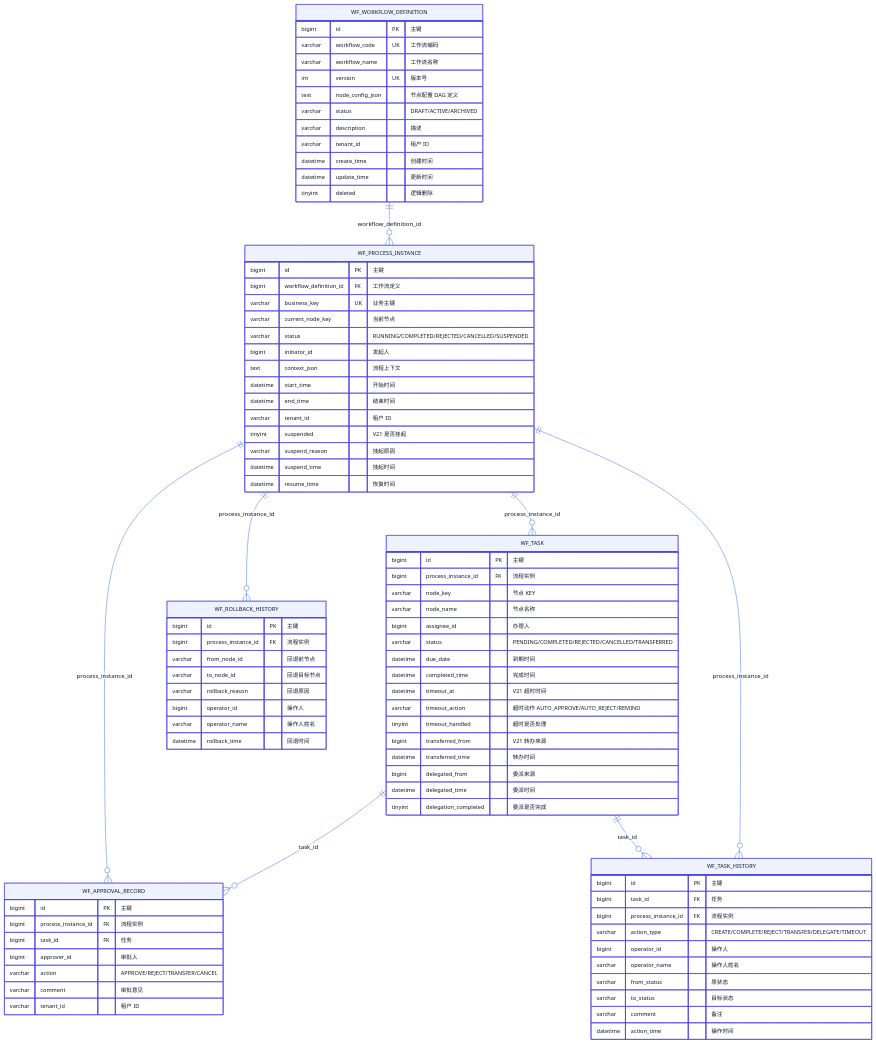
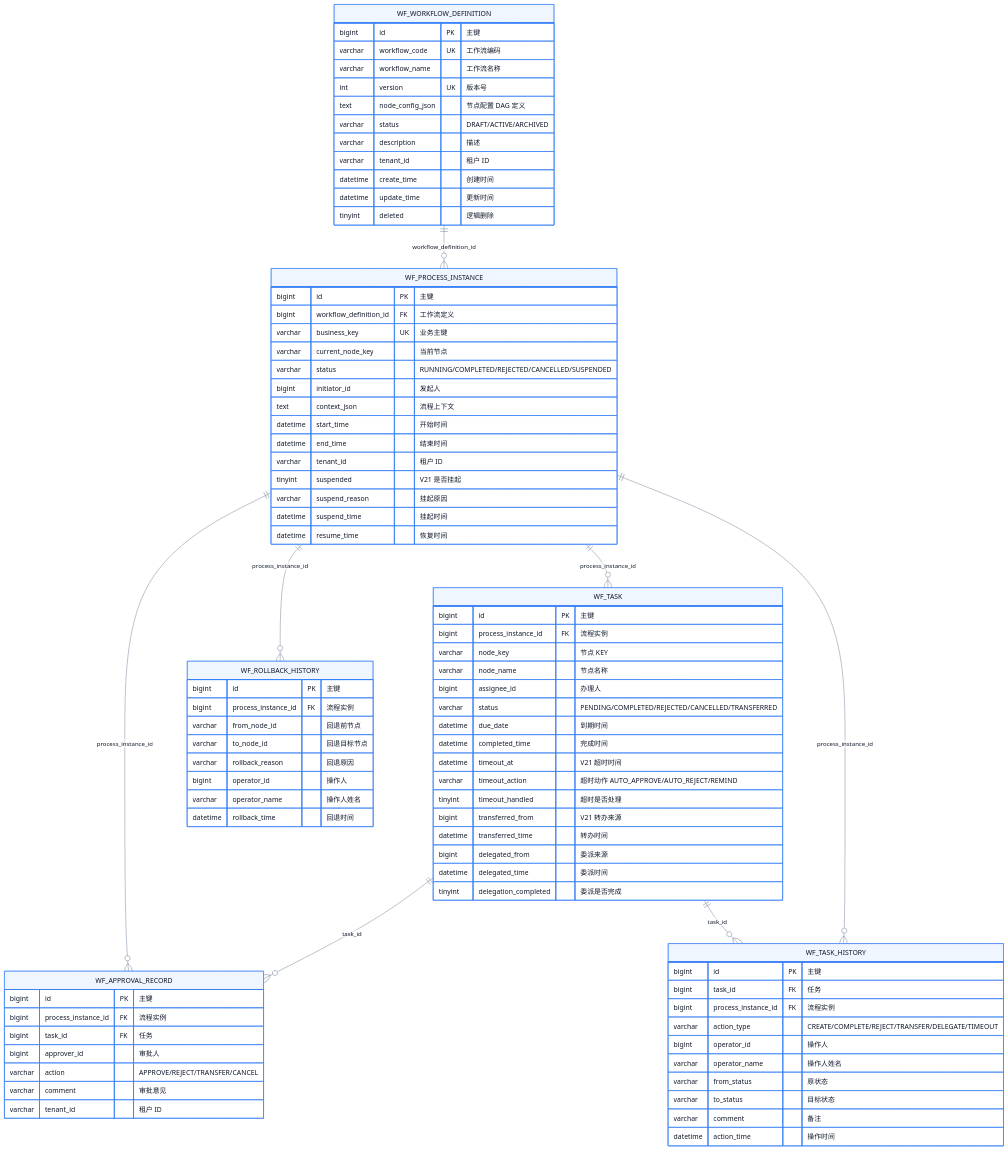
Before and after one commit to apex-cloud-service/apex-scaffold: the diagram in docs/diagrams/113_er_workflow_tables.mmd, drawn with Mermaid. The commit also changed 507 other files, not shown here.

```diff
--- a/docs/diagrams/113_er_workflow_tables.mmd
+++ b/docs/diagrams/113_er_workflow_tables.mmd
@@ -1,93 +1,93 @@
-%%{init: {'theme':'base', 'themeVariables': {'primaryColor':'#eef2ff','primaryTextColor':'#0f172a','primaryBorderColor':'#4f46e5','lineColor':'#2563eb','fontSize':'13px'}}}%%
+%%{init: {'theme':'base', 'themeVariables': {'primaryColor':'#eff6ff','primaryTextColor':'#0f172a','primaryBorderColor':'#3b82f6','lineColor':'#64748b','fontFamily':'sans-serif'}}}%%
 erDiagram
     WF_WORKFLOW_DEFINITION ||--o{ WF_PROCESS_INSTANCE : "workflow_definition_id"
     WF_PROCESS_INSTANCE ||--o{ WF_TASK : "process_instance_id"
     WF_PROCESS_INSTANCE ||--o{ WF_APPROVAL_RECORD : "process_instance_id"
     WF_PROCESS_INSTANCE ||--o{ WF_ROLLBACK_HISTORY : "process_instance_id"
     WF_TASK ||--o{ WF_APPROVAL_RECORD : "task_id"
     WF_TASK ||--o{ WF_TASK_HISTORY : "task_id"
     WF_PROCESS_INSTANCE ||--o{ WF_TASK_HISTORY : "process_instance_id"
 
     WF_WORKFLOW_DEFINITION {
         bigint id PK "主键"
         varchar workflow_code UK "工作流编码"
         varchar workflow_name "工作流名称"
         int version UK "版本号"
         text node_config_json "节点配置 DAG 定义"
         varchar status "DRAFT/ACTIVE/ARCHIVED"
         varchar description "描述"
         varchar tenant_id "租户 ID"
         datetime create_time "创建时间"
         datetime update_time "更新时间"
         tinyint deleted "逻辑删除"
     }
 
     WF_PROCESS_INSTANCE {
         bigint id PK "主键"
         bigint workflow_definition_id FK "工作流定义"
         varchar business_key UK "业务主键"
         varchar current_node_key "当前节点"
         varchar status "RUNNING/COMPLETED/REJECTED/CANCELLED/SUSPENDED"
         bigint initiator_id "发起人"
         text context_json "流程上下文"
         datetime start_time "开始时间"
         datetime end_time "结束时间"
         varchar tenant_id "租户 ID"
         tinyint suspended "V21 是否挂起"
         varchar suspend_reason "挂起原因"
         datetime suspend_time "挂起时间"
         datetime resume_time "恢复时间"
     }
 
     WF_TASK {
         bigint id PK "主键"
         bigint process_instance_id FK "流程实例"
         varchar node_key "节点 KEY"
         varchar node_name "节点名称"
         bigint assignee_id "办理人"
         varchar status "PENDING/COMPLETED/REJECTED/CANCELLED/TRANSFERRED"
         datetime due_date "到期时间"
         datetime completed_time "完成时间"
         datetime timeout_at "V21 超时时间"
         varchar timeout_action "超时动作 AUTO_APPROVE/AUTO_REJECT/REMIND"
         tinyint timeout_handled "超时是否处理"
         bigint transferred_from "V21 转办来源"
         datetime transferred_time "转办时间"
         bigint delegated_from "委派来源"
         datetime delegated_time "委派时间"
         tinyint delegation_completed "委派是否完成"
     }
 
     WF_APPROVAL_RECORD {
         bigint id PK "主键"
         bigint process_instance_id FK "流程实例"
         bigint task_id FK "任务"
         bigint approver_id "审批人"
         varchar action "APPROVE/REJECT/TRANSFER/CANCEL"
         varchar comment "审批意见"
         varchar tenant_id "租户 ID"
     }
 
     WF_TASK_HISTORY {
         bigint id PK "主键"
         bigint task_id FK "任务"
         bigint process_instance_id FK "流程实例"
         varchar action_type "CREATE/COMPLETE/REJECT/TRANSFER/DELEGATE/TIMEOUT"
         bigint operator_id "操作人"
         varchar operator_name "操作人姓名"
         varchar from_status "原状态"
         varchar to_status "目标状态"
         varchar comment "备注"
         datetime action_time "操作时间"
     }
 
     WF_ROLLBACK_HISTORY {
         bigint id PK "主键"
         bigint process_instance_id FK "流程实例"
         varchar from_node_id "回退前节点"
         varchar to_node_id "回退目标节点"
         varchar rollback_reason "回退原因"
         bigint operator_id "操作人"
         varchar operator_name "操作人姓名"
         datetime rollback_time "回退时间"
     }
```
